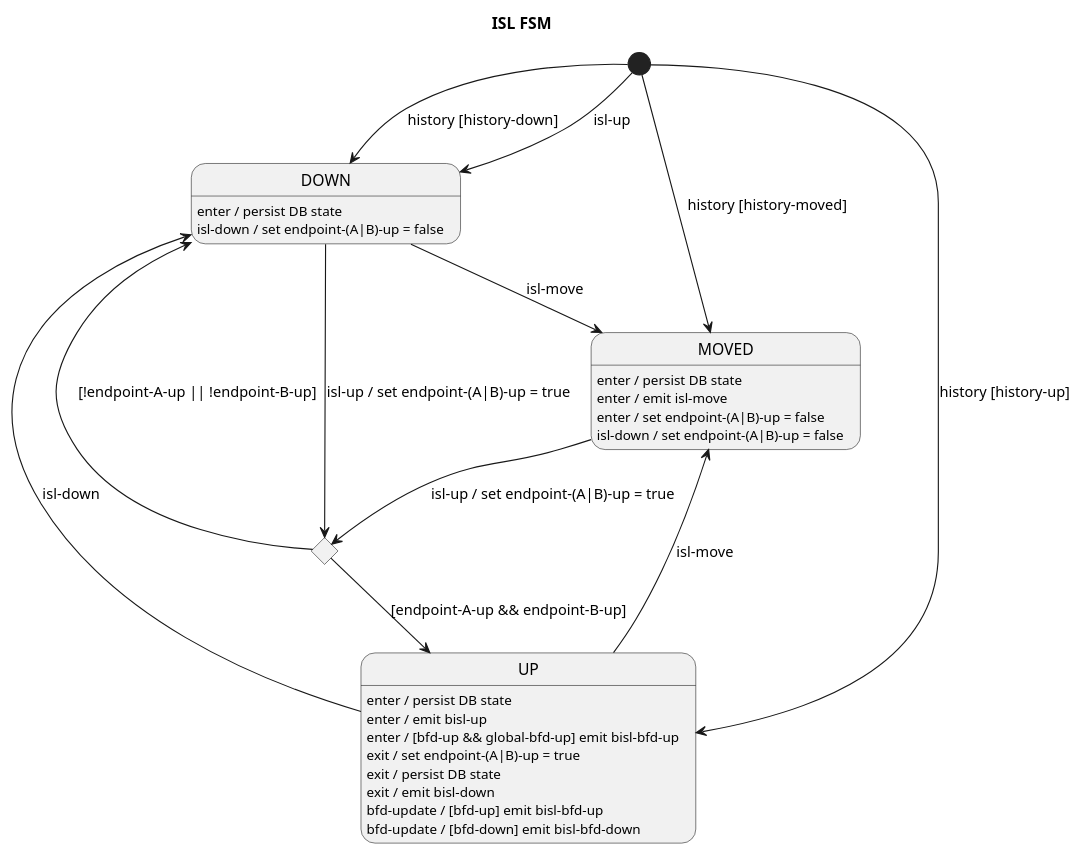
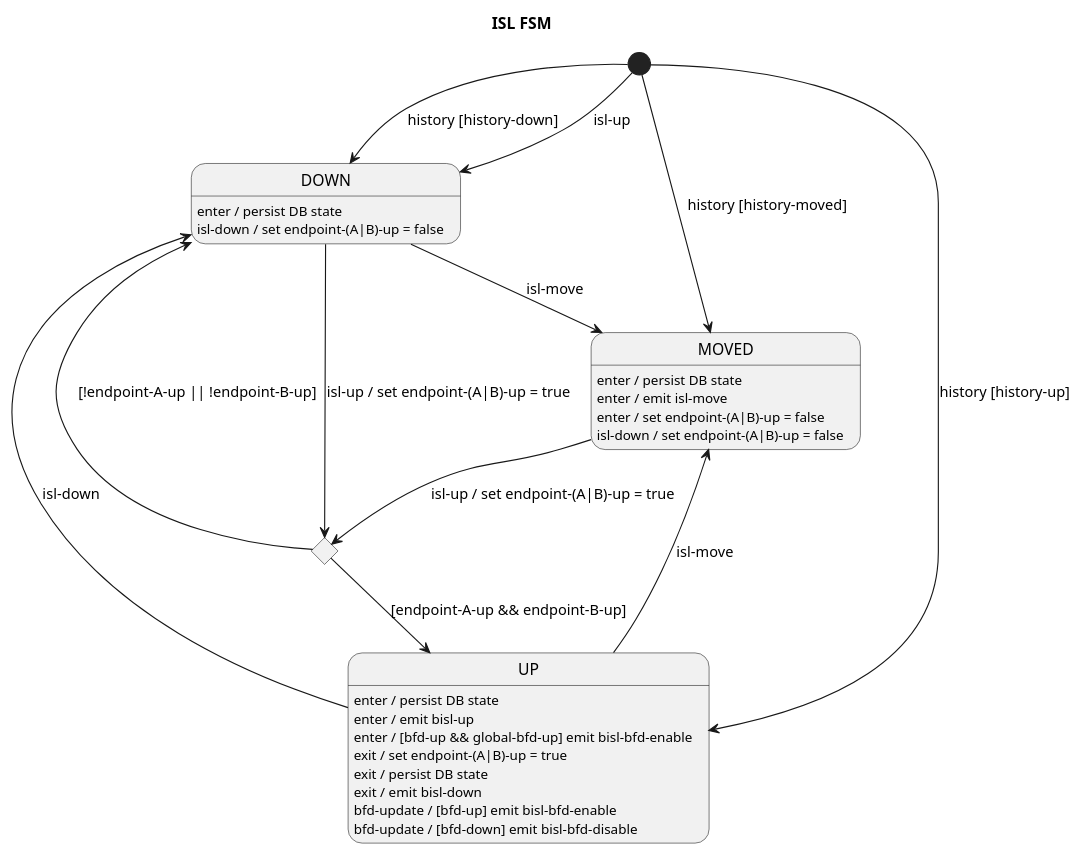
The diagram in docs/design/network-discovery/ISL-FSM.puml (telstra/open-kilda), drawn with PlantUML before and after one commit. The commit also changed other lines of this file and 36 other files, not shown here.

```diff
--- a/docs/design/network-discovery/ISL-FSM.puml
+++ b/docs/design/network-discovery/ISL-FSM.puml
@@ -17,36 +19,36 @@
 @startuml
 title ISL FSM
 
 [*] --> DOWN : history [history-down]
 [*] --> DOWN : isl-up
 [*] --> UP : history [history-up]
 [*] --> MOVED : history [history-moved]
 
 state upAttempt <<choice>>
 
 DOWN --> upAttempt : isl-up / set endpoint-(A|B)-up = true
 DOWN --> MOVED : isl-move
 DOWN : enter / persist DB state
 DOWN : isl-down / set endpoint-(A|B)-up = false
 
 upAttempt --> UP : [endpoint-A-up && endpoint-B-up]
 upAttempt --> DOWN : [!endpoint-A-up || !endpoint-B-up]
 
 UP --> DOWN : isl-down
 UP --> MOVED : isl-move
 UP : enter / persist DB state
 UP : enter / emit bisl-up
-UP : enter / [bfd-up && global-bfd-up] emit bisl-bfd-up
+UP : enter / [bfd-up && global-bfd-up] emit bisl-bfd-enable
 UP : exit / set endpoint-(A|B)-up = true
 UP : exit / persist DB state
 UP : exit / emit bisl-down
-UP : bfd-update / [bfd-up] emit bisl-bfd-up
-UP : bfd-update / [bfd-down] emit bisl-bfd-down
+UP : bfd-update / [bfd-up] emit bisl-bfd-enable
+UP : bfd-update / [bfd-down] emit bisl-bfd-disable
 
 MOVED --> upAttempt : isl-up / set endpoint-(A|B)-up = true
 MOVED : enter / persist DB state
 MOVED : enter / emit isl-move
 MOVED : enter / set endpoint-(A|B)-up = false
 MOVED : isl-down / set endpoint-(A|B)-up = false
 
 @enduml
```
